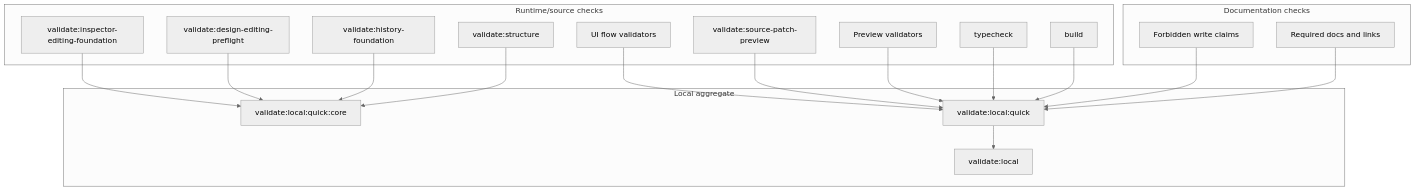
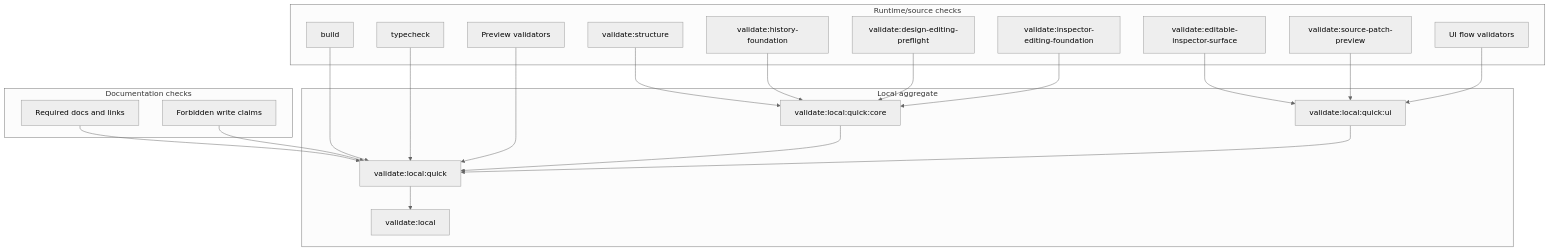
The diagram in docs/architecture/validation-system.md (krestosa/Crystal), drawn with Mermaid (neutral theme) before and after one commit. The commit also changed other lines of this file, not shown here.

Commit message:
Document editable inspector surface validation

````diff
--- a/docs/architecture/validation-system.md
+++ b/docs/architecture/validation-system.md
@@ -84,38 +91,43 @@
 ```mermaid
 flowchart TD
   subgraph Docs[Documentation checks]
     DocsShape[Required docs and links]
     Claims[Forbidden write claims]
   end
 
   subgraph Runtime[Runtime/source checks]
     Build[build]
     Typecheck[typecheck]
     Structure[validate:structure]
     Preview[Preview validators]
     SourcePatch[validate:source-patch-preview]
     History[validate:history-foundation]
     DesignEditing[validate:design-editing-preflight]
     InspectorEditing[validate:inspector-editing-foundation]
+    EditableSurface[validate:editable-inspector-surface]
     UI[UI flow validators]
   end
 
   subgraph Aggregate[Local aggregate]
     QuickCore[validate:local:quick:core]
+    QuickUI[validate:local:quick:ui]
     Quick[validate:local:quick]
     Full[validate:local]
   end
 
   DocsShape --> Quick
   Claims --> Quick
   Structure --> QuickCore
   History --> QuickCore
   DesignEditing --> QuickCore
   InspectorEditing --> QuickCore
+  EditableSurface --> QuickUI
   Build --> Quick
   Typecheck --> Quick
   Preview --> Quick
-  SourcePatch --> Quick
-  UI --> Quick
+  SourcePatch --> QuickUI
+  UI --> QuickUI
+  QuickCore --> Quick
+  QuickUI --> Quick
   Quick --> Full
 ```
````
